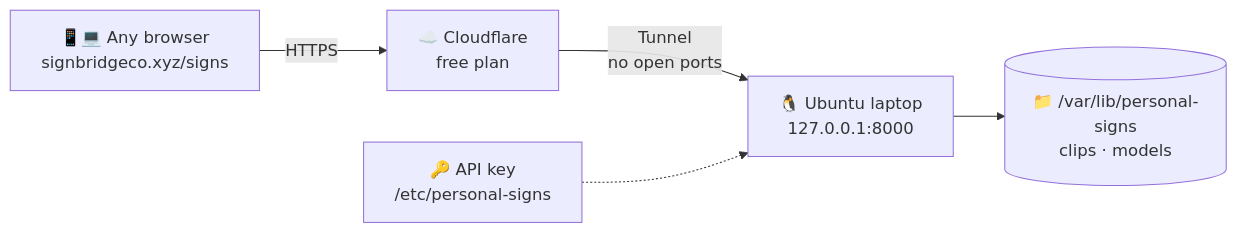
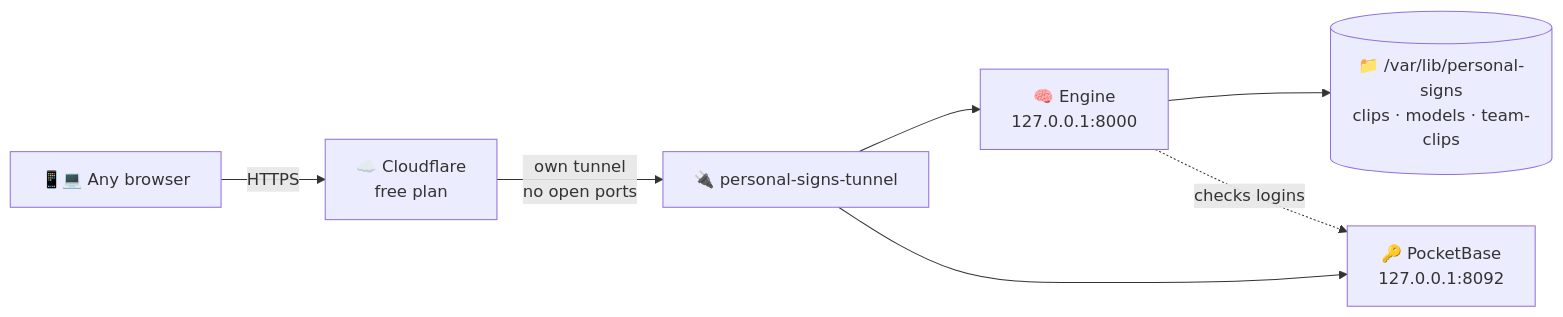
Before and after one commit to Lukesh2006/isl-personal-signs: the first of 2 diagrams in docs/self-hosting-ubuntu.md, drawn with Mermaid. The commit also changed other lines of this file and 5 other files, not shown here.

First line of the commit message:
Ubuntu: own Cloudflare tunnel service, PocketBase on 8092

````diff
--- a/docs/self-hosting-ubuntu.md
+++ b/docs/self-hosting-ubuntu.md
@@ -7,7 +8,9 @@
 ```mermaid
 flowchart LR
-    U["📱💻 Any browser<br/>signbridgeco.xyz/signs"] -- "HTTPS" --> CF["☁️ Cloudflare<br/>free plan"]
-    CF -- "Tunnel<br/>no open ports" --> UB["🐧 Ubuntu laptop<br/>127.0.0.1:8000"]
-    UB --> D[("📁 /var/lib/personal-signs<br/>clips · models")]
-    K["🔑 API key<br/>/etc/personal-signs"] -.-> UB
+    U["📱💻 Any browser"] -- "HTTPS" --> CF["☁️ Cloudflare<br/>free plan"]
+    CF -- "own tunnel<br/>no open ports" --> T["🔌 personal-signs-tunnel"]
+    T --> E["🧠 Engine<br/>127.0.0.1:8000"]
+    T --> P["🔑 PocketBase<br/>127.0.0.1:8092"]
+    E --> D[("📁 /var/lib/personal-signs<br/>clips · models · team-clips")]
+    E -. "checks logins" .-> P
 ```
````
